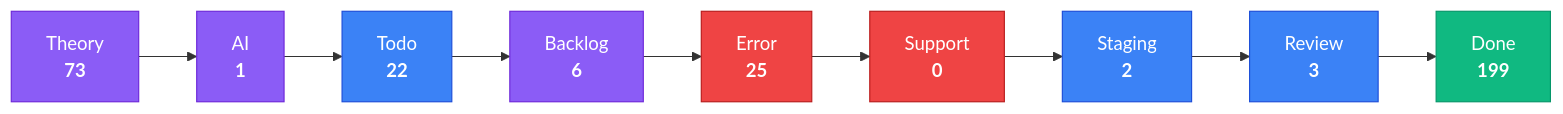
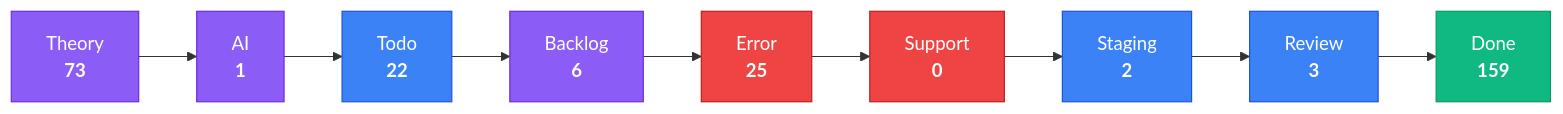
One commit to KBVE/kbve changed the third of 4 diagrams in apps/kbve/astro-kbve/src/content/docs/dashboard/kanban-data.mdx. Above: the diagram before and after it, drawn with Mermaid. The commit also changed other lines of this file and 7 other files, not shown here.

````diff
--- a/apps/kbve/astro-kbve/src/content/docs/dashboard/kanban-data.mdx
+++ b/apps/kbve/astro-kbve/src/content/docs/dashboard/kanban-data.mdx
@@ -80,28 +80,28 @@
 ```mermaid
 flowchart LR
     classDef planning fill:#8b5cf6,stroke:#6d28d9,color:#fff
     classDef active fill:#3b82f6,stroke:#1d4ed8,color:#fff
     classDef blocked fill:#ef4444,stroke:#b91c1c,color:#fff
     classDef done fill:#10b981,stroke:#059669,color:#fff
     Theory["Theory<br/><strong>73</strong>"]
     Theory --> AI
     AI["AI<br/><strong>1</strong>"]
     AI --> Todo
     Todo["Todo<br/><strong>22</strong>"]
     Todo --> Backlog
     Backlog["Backlog<br/><strong>6</strong>"]
     Backlog --> Error
     Error["Error<br/><strong>25</strong>"]
     Error --> Support
     Support["Support<br/><strong>0</strong>"]
     Support --> Staging
     Staging["Staging<br/><strong>2</strong>"]
     Staging --> Review
     Review["Review<br/><strong>3</strong>"]
     Review --> Done
-    Done["Done<br/><strong>199</strong>"]
+    Done["Done<br/><strong>159</strong>"]
     class Theory,AI,Backlog planning
     class Todo,Staging,Review active
     class Error,Support blocked
     class Done done
 ```
````
